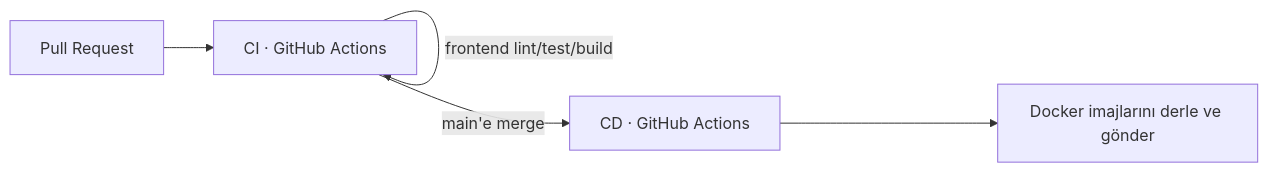
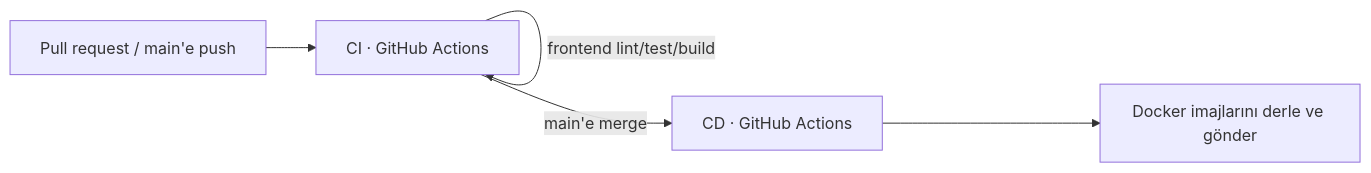
One commit to UKBey/TicketSystem changed the sixth of 6 diagrams in docs/ARCHITECTURE.tr.md. Above: the diagram before and after it, drawn with Mermaid. The commit also changed other lines of this file and 6 other files, not shown here.

````diff
--- a/docs/ARCHITECTURE.tr.md
+++ b/docs/ARCHITECTURE.tr.md
@@ -356,9 +354,9 @@
 ```mermaid
 flowchart LR
-    pr[Pull Request] --> ci[CI · GitHub Actions]
+    pr[Pull request / main'e push] --> ci[CI · GitHub Actions]
     ci -->|backend verify| ci
     ci -->|llm-service build| ci
     ci -->|frontend lint/test/build| ci
     ci -->|main'e merge| cd[CD · GitHub Actions]
     cd --> hub[Docker imajlarını derle ve gönder]
 ```
````
